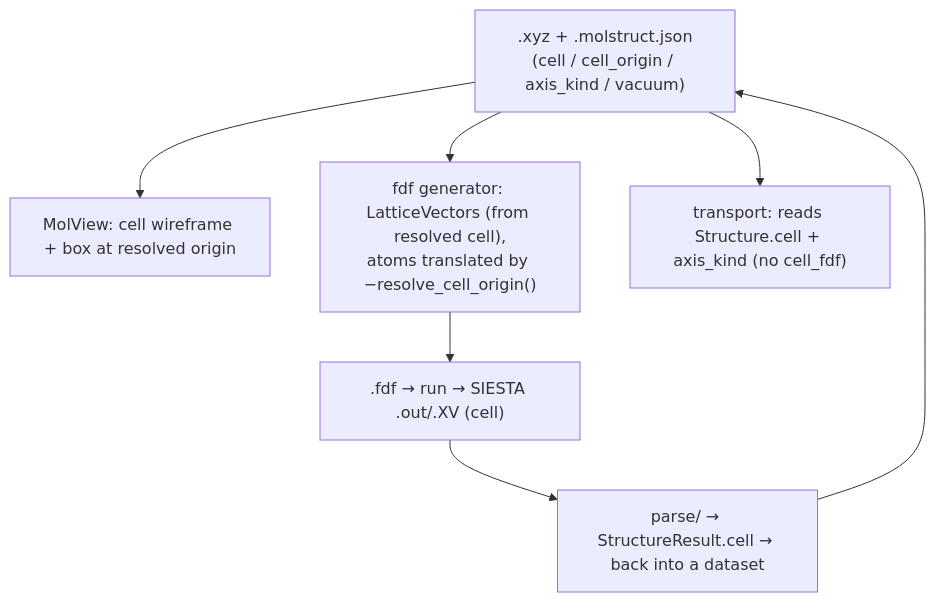
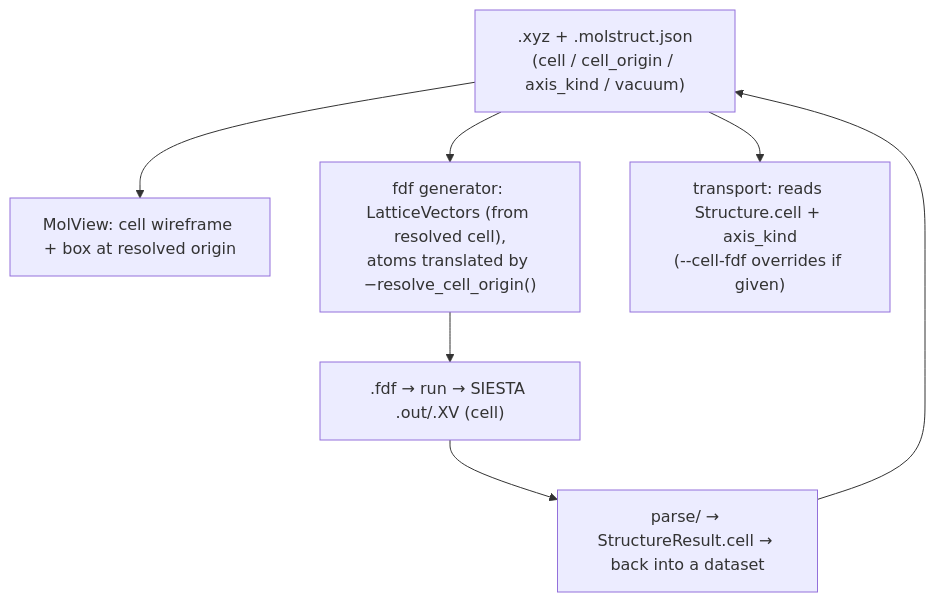
The second of 2 diagrams in docs/model/structure-periodicity.md (Qing-LAB/molbuilder), drawn with Mermaid before and after one commit. The commit also changed other lines of this file and 3 other files, not shown here.

````diff
--- a/docs/model/structure-periodicity.md
+++ b/docs/model/structure-periodicity.md
@@ -274,13 +276,13 @@
 ```mermaid
 flowchart TB
     DS[".xyz + .molstruct.json<br/>(cell / cell_origin / axis_kind / vacuum)"]
     MV["MolView: cell wireframe + box at resolved origin"]
     FDF["fdf generator: LatticeVectors (from resolved cell),<br/>atoms translated by −resolve_cell_origin()"]
-    TR["transport: reads Structure.cell + axis_kind (no cell_fdf)"]
+    TR["transport: reads Structure.cell + axis_kind<br/>(--cell-fdf overrides if given)"]
     OUT[".fdf → run → SIESTA .out/.XV (cell)"]
     PARSE["parse/ → StructureResult.cell → back into a dataset"]
     DS --> MV
     DS --> FDF
     DS --> TR
     FDF --> OUT --> PARSE --> DS
 ```
````
